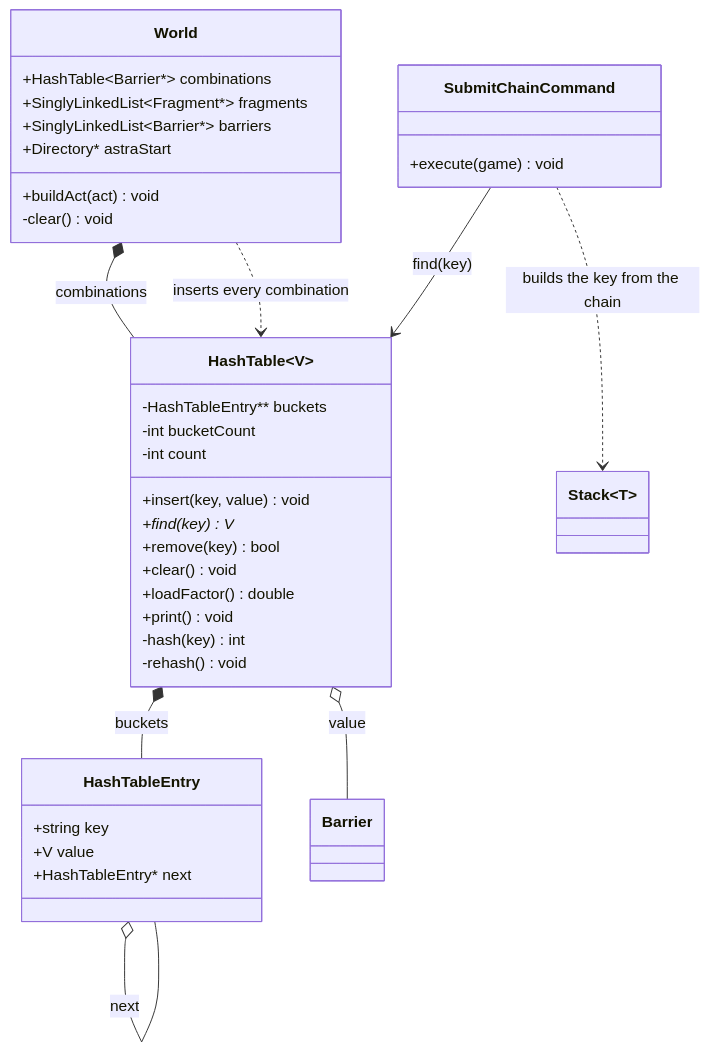
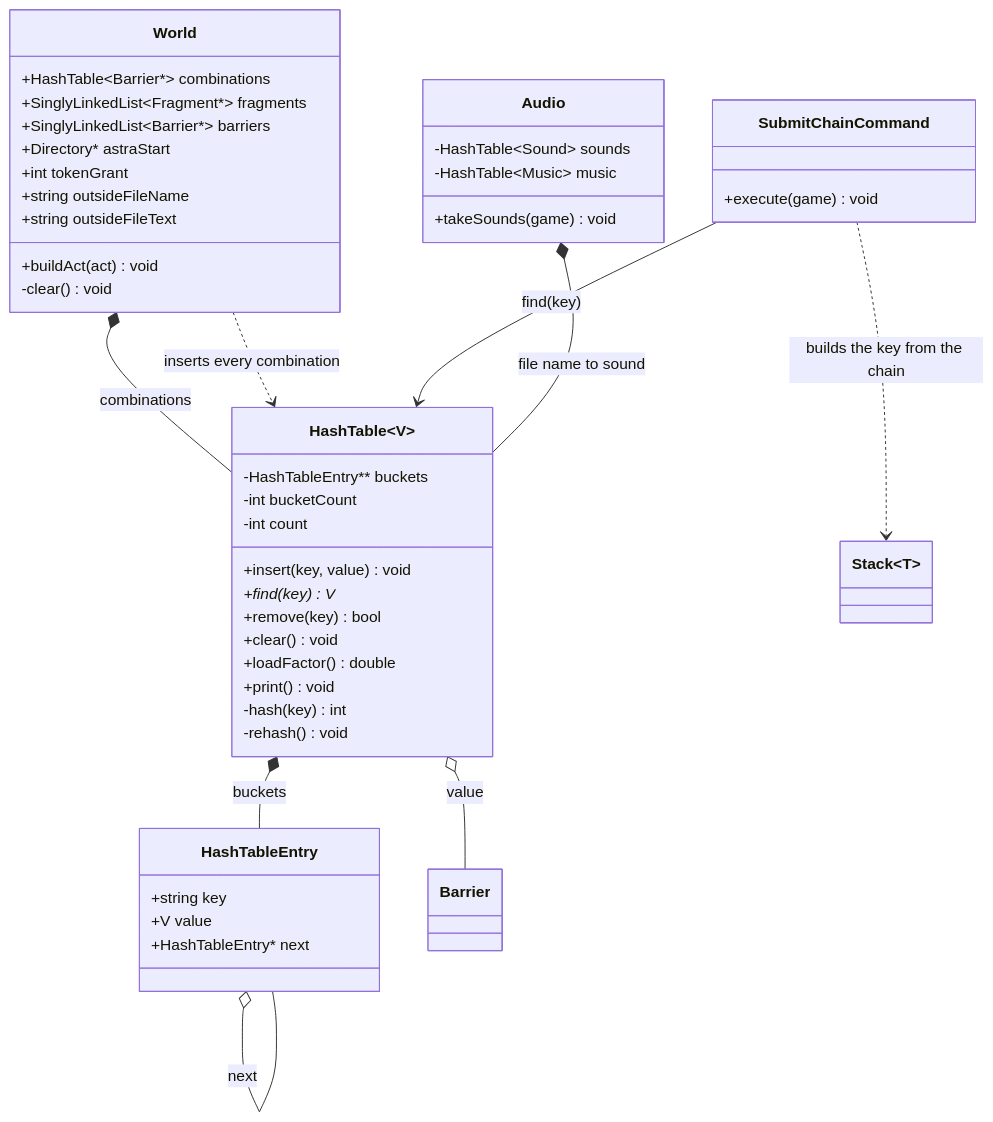
The fourth of 11 diagrams in docs/class_diagram.md (Lawrensu/Deviant), drawn with Mermaid before and after one commit. The commit also changed other lines of this file and 4 other files, not shown here.

Commit message:
Phase 6: Docs and diagrams for the acts, incident log, reveal, final battle, endings and audio

````diff
--- a/docs/class_diagram.md
+++ b/docs/class_diagram.md
@@ -162,42 +166,51 @@
 ```mermaid
 classDiagram
     class HashTable~V~ {
         -HashTableEntry** buckets
         -int bucketCount
         -int count
         +insert(key, value) void
         +find(key) V*
         +remove(key) bool
         +clear() void
         +loadFactor() double
         +print() void
         -hash(key) int
         -rehash() void
     }
     class HashTableEntry {
         +string key
         +V value
         +HashTableEntry* next
     }
     class World {
         +HashTable~Barrier*~ combinations
         +SinglyLinkedList~Fragment*~ fragments
         +SinglyLinkedList~Barrier*~ barriers
         +Directory* astraStart
+        +int tokenGrant
+        +string outsideFileName
+        +string outsideFileText
         +buildAct(act) void
         -clear() void
+    }
+    class Audio {
+        -HashTable~Sound~ sounds
+        -HashTable~Music~ music
+        +takeSounds(game) void
     }
     class SubmitChainCommand {
         +execute(game) void
     }
     class Barrier
     class Stack~T~
 
     HashTable *-- HashTableEntry : buckets
     HashTableEntry o-- HashTableEntry : next
     World *-- HashTable : combinations
     World ..> HashTable : inserts every combination
     SubmitChainCommand ..> Stack : builds the key from the chain
     SubmitChainCommand --> HashTable : find(key)
     HashTable o-- Barrier : value
+    Audio *-- HashTable : file name to sound
 ```
````
